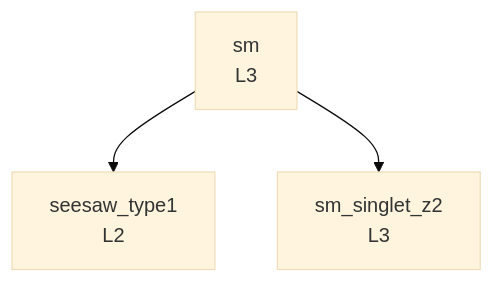
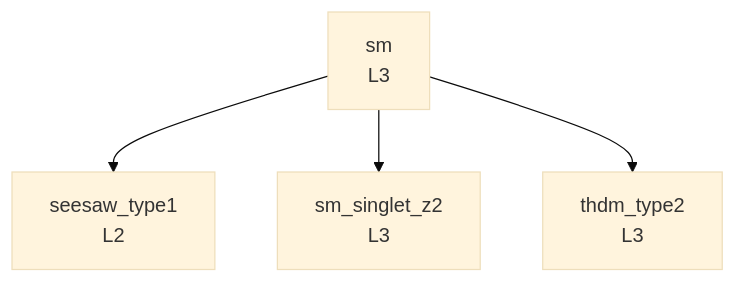
The diagram in GENEALOGY.md (moiseszeleny/feynlag-models), drawn with Mermaid (base theme) before and after one commit. The commit also changed other lines of this file and 25 other files, not shown here.

Commit message:
Add thdm_type2 (L3): softly broken Z2, three mass blocks vs Gunion-Haber Eqs. 6-17, type-II Yukawas vs Branco et al. Eq. 16/Table 2, UFO round-trip

````diff
--- a/GENEALOGY.md
+++ b/GENEALOGY.md
@@ -5,8 +5,10 @@
 ```mermaid
 graph TD
     seesaw_type1["seesaw_type1<br/>L2"]
     sm["sm<br/>L3"]
     sm_singlet_z2["sm_singlet_z2<br/>L3"]
+    thdm_type2["thdm_type2<br/>L3"]
     sm --> seesaw_type1
     sm --> sm_singlet_z2
+    sm --> thdm_type2
 ```
````
